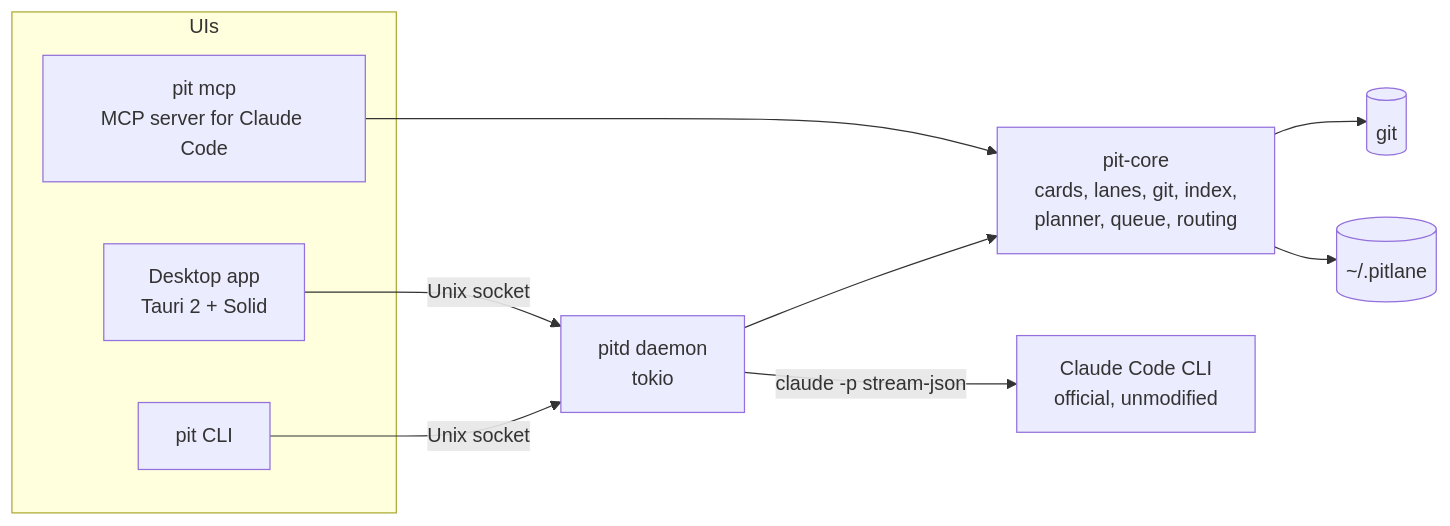
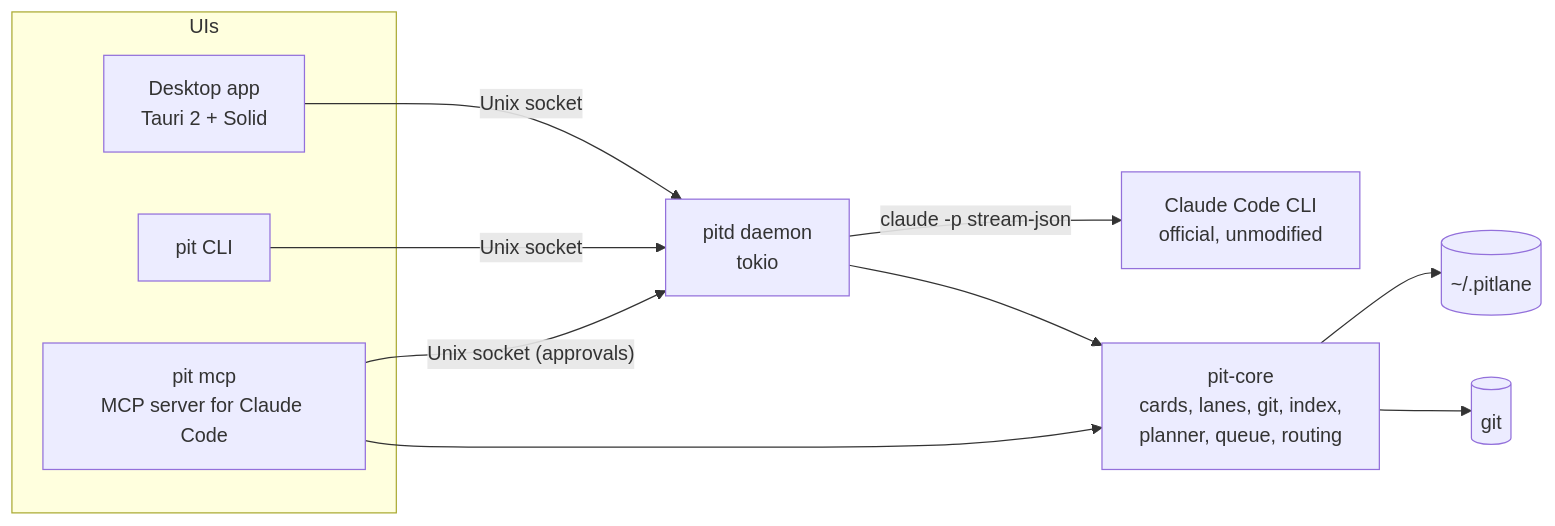
Before and after one commit to matheussartori/pitlane: the second of 2 diagrams in README.md, drawn with Mermaid. The commit also changed other lines of this file, not shown here.

````diff
--- a/README.md
+++ b/README.md
@@ -148,15 +150,16 @@
 ```mermaid
 flowchart LR
   subgraph UIs
     D[Desktop app<br/>Tauri 2 + Solid]
     C[pit CLI]
     M[pit mcp<br/>MCP server for Claude Code]
   end
   D -- Unix socket --> P
   C -- Unix socket --> P
   M --> K
+  M -- "Unix socket (approvals)" --> P
   P[pitd daemon<br/>tokio] --> K[pit-core<br/>cards, lanes, git, index,<br/>planner, queue, routing]
   P -- "claude -p stream-json" --> A[Claude Code CLI<br/>official, unmodified]
   K --> G[(git)]
   K --> F[(~/.pitlane)]
 ```
````
